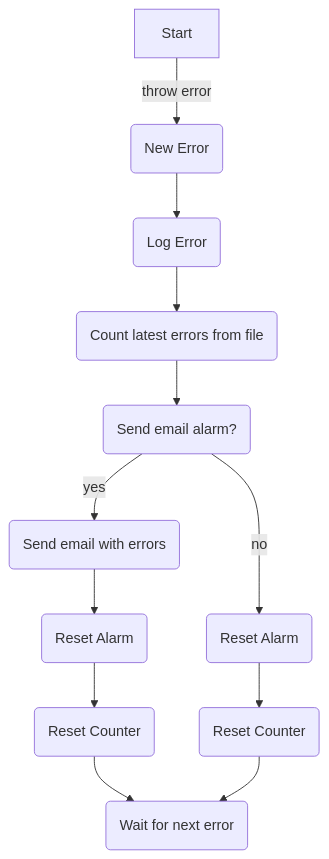
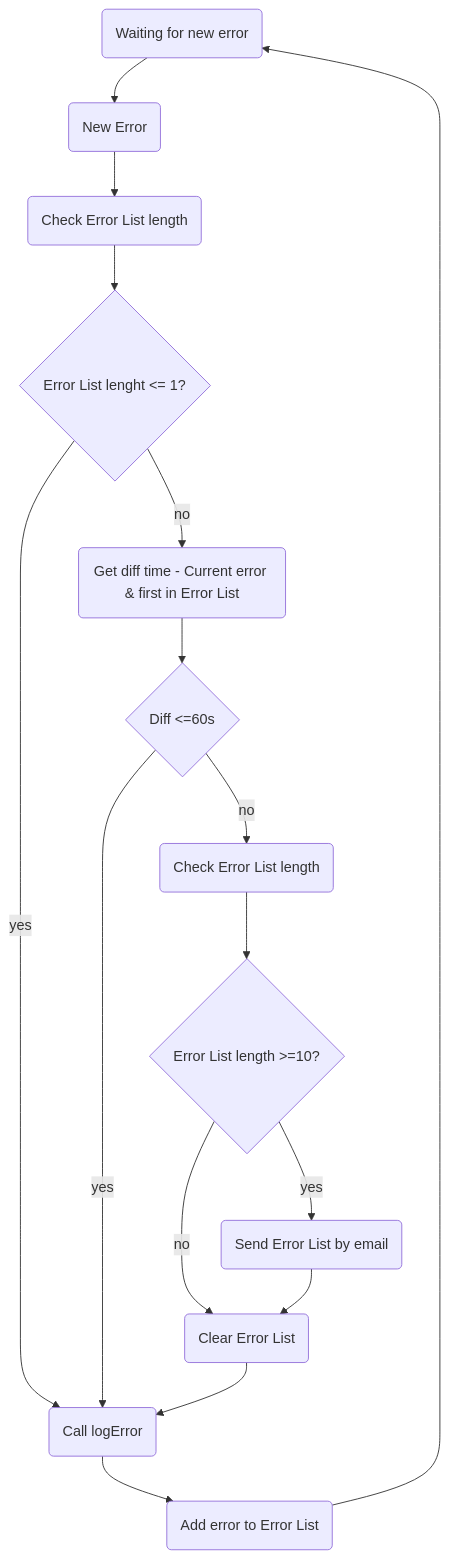
The diagram in README.md (Machi3mfl/error-alarm-exercise), drawn with Mermaid before and after one commit. The commit also changed other lines of this file, not shown here.

Commit message:
Added Flow chart with solution

````diff
--- a/README.md
+++ b/README.md
@@ -29,15 +31,19 @@
 ```mermaid
 flowchart
 
-Start -->|throw error| B(New Error)
-B --> C(Log Error)
-C --> D(Count latest errors from file)
-D --> E(Send email alarm?)
-E -->|yes| F(Send email with errors)
-F --> H(Reset Alarm)
-H --> I(Reset Counter)
-E -->|no| L(Reset Alarm)
-L --> M(Reset Counter)
-I --> N(Wait for next error)
-M --> N(Wait for next error)
+A(Waiting for new error) --> B(New Error)
+B --> C(Check Error List length)
+C --> D{Error List lenght <= 1?}
+D -->|yes| F(Call logError)
+F --> H(Add error to Error List)
+H --> A
+D -->|no| I(Get diff time - Current error & first in Error List)
+I --> J{Diff <=60s}
+J -->|yes| F
+J -->|no| K(Check Error List length)
+K --> L{Error List length >=10?}
+L -->|no| M(Clear Error List)
+M --> F
+L -->|yes| N(Send Error List by email)
+N --> M
 ```
````
